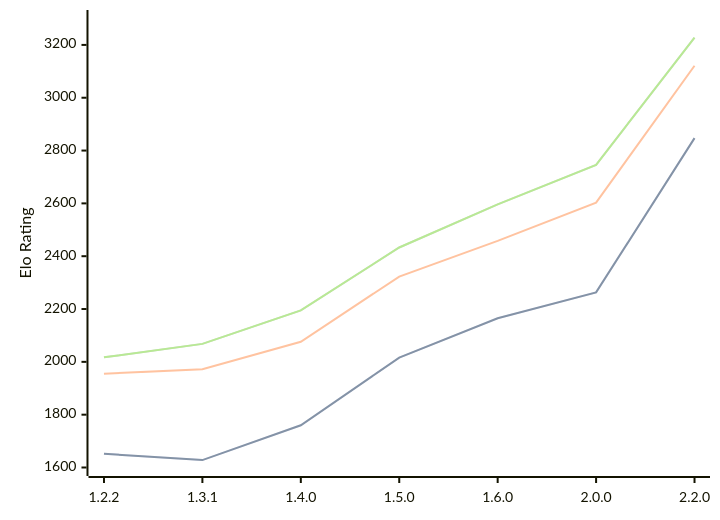
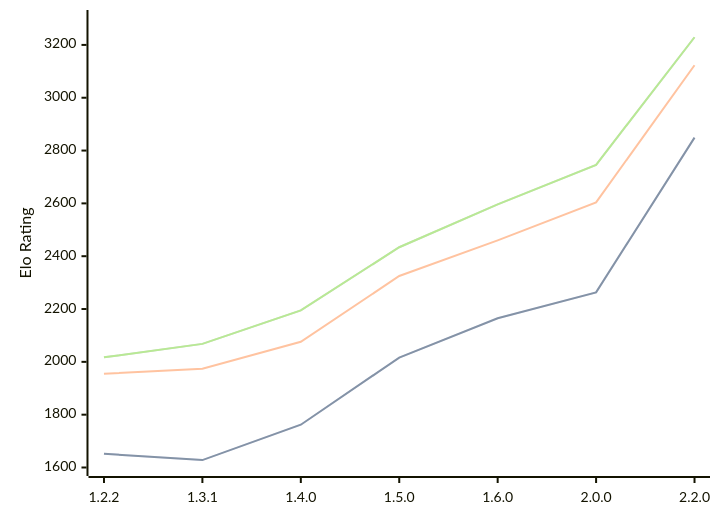
One commit to computer-chess-index/cci changed the diagram in engines/SoloEngine.md. Above: the diagram before and after it, drawn with Mermaid. The commit also changed other lines of this file, not shown here.

Commit message:
Update CCI Ratings (ELO VLTC) - 2026-07-25

````diff
--- a/engines/SoloEngine.md
+++ b/engines/SoloEngine.md
@@ -38,11 +38,11 @@
 ```mermaid
 %%{init: {"theme":"base","themeVariables":{"seriesColors:['#a3a3a3','#222221','#faa371']}}}%%
 xychart-beta
   x-axis ["1.2.2", "1.3.1", "1.4.0", "1.5.0", "1.6.0", "2.0.0", "2.2.0"]
   y-axis "Elo Rating" 1600 --> 3300
-  line "STC (8.0+0.08s)" [1652, 1628, 1760, 2016, 2165, 2263, 2847]
-  line "STC (8.0+0.08s)" [1652, 1628, 1760, 2016, 2165, 2263, 2847]
-  line "LTC (60.0+0.60s)" [1955, 1972, 2076, 2323, 2458, 2603, 3121]
-  line "VLTC (2m24s+1.12s)" [2017, 2068, 2195, 2433, 2596, 2746, 3228]
-  line "VLTC (2m24s+1.12s)" [2017, 2068, 2195, 2433, 2596, 2746, 3228]
+  line "STC (8.0+0.08s)" [1652, 1628, 1762, 2016, 2165, 2263, 2849]
+  line "STC (8.0+0.08s)" [1652, 1628, 1762, 2016, 2165, 2263, 2849]
+  line "LTC (60.0+0.60s)" [1955, 1974, 2076, 2325, 2460, 2604, 3123]
+  line "VLTC (2m24s+1.12s)" [2017, 2068, 2195, 2434, 2596, 2746, 3229]
+  line "VLTC (2m24s+1.12s)" [2017, 2068, 2195, 2434, 2596, 2746, 3229]
 ```
````
